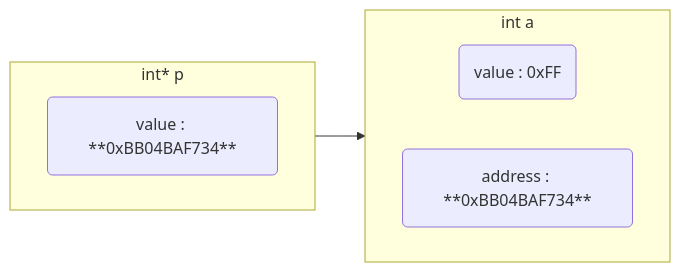
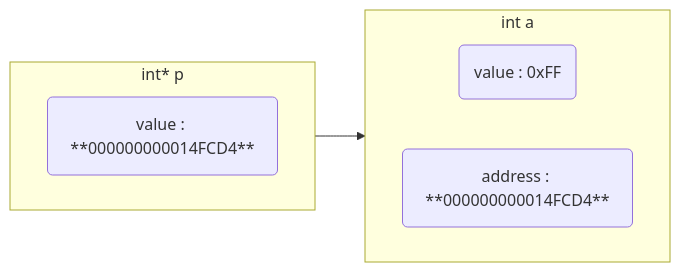
The second of 9 diagrams in _posts/Language/C&C++/指针/2022-01-08-指针.md (dmjcb/dmjcb.github.io), drawn with Mermaid before and after one commit. The commit also changed other lines of this file and 82 other files, not shown here.

````diff
--- a/_posts/Language/C&C++/指针/2022-01-08-指针.md
+++ b/_posts/Language/C&C++/指针/2022-01-08-指针.md
@@ -75,15 +78,15 @@
 ```mermaid
 graph LR;
     subgraph S1[int a]
         direction LR
         V2(value : 0xFF)
-        A2(address : **0xBB04BAF734**)
+        A2(address : **000000000014FCD4**)
     end
 
     subgraph S2[int* p]
         direction LR
-        V1(value : **0xBB04BAF734**)
+        V1(value : **000000000014FCD4**)
     end
 
     V1-->A2
 ```
````
